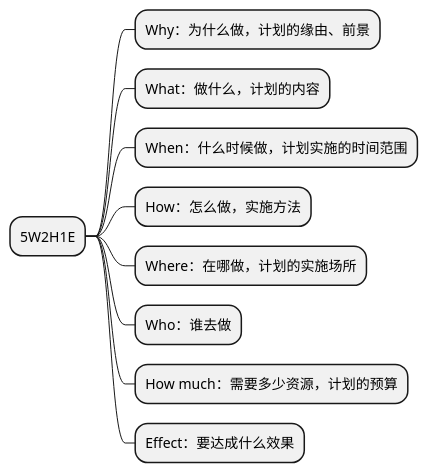
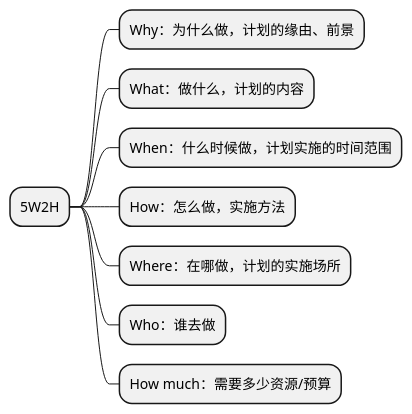
The second of 13 diagrams in content/insights/what_is_agile/index.zh-cn.raw.md (lem-org/lem-org.github.io), drawn with PlantUML before and after one commit. The commit also changed other lines of this file and 22 other files, not shown here.

````diff
--- a/content/insights/what_is_agile/index.zh-cn.raw.md
+++ b/content/insights/what_is_agile/index.zh-cn.raw.md
@@ -20,13 +57,12 @@
 ```plantuml
 @startmindmap
-* 5W2H1E
+* 5W2H
     * Why：为什么做，计划的缘由、前景
     * What：做什么，计划的内容
     * When：什么时候做，计划实施的时间范围
     * How：怎么做，实施方法
     * Where：在哪做，计划的实施场所
     * Who：谁去做
-    * How much：需要多少资源，计划的预算
-    * Effect：要达成什么效果
+    * How much：需要多少资源/预算
 @endmindmap
 ```
````
